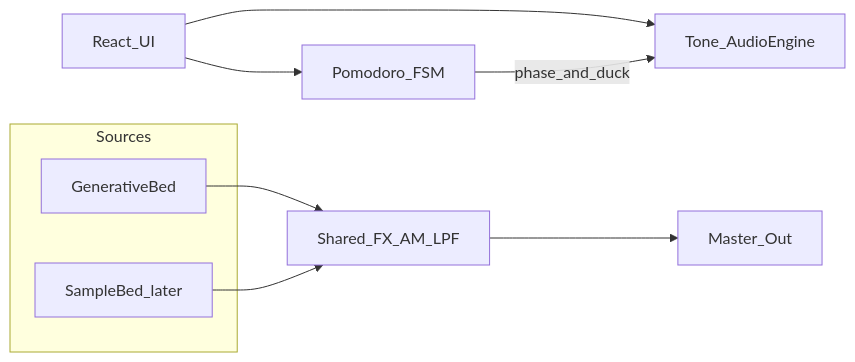
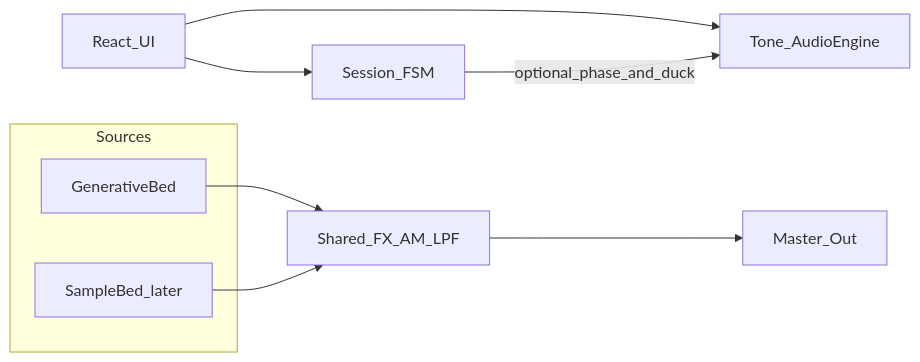
One commit to jaaronyang/momentone changed the diagram in docs/rfc.md. Above: the diagram before and after it, drawn with Mermaid. The commit also changed other lines of this file and 2 other files, not shown here.

Commit message:
docs: make Pomodoro optional alongside continuous play

````diff
--- a/docs/rfc.md
+++ b/docs/rfc.md
@@ -43,13 +43,13 @@
 ```mermaid
 flowchart LR
-  UI[React_UI] --> Session[Pomodoro_FSM]
+  UI[React_UI] --> Session[Session_FSM]
   UI --> Audio[Tone_AudioEngine]
-  Session -->|phase_and_duck| Audio
+  Session -->|"optional_phase_and_duck"| Audio
   subgraph sources [Sources]
     Gen[GenerativeBed]
     Sample[SampleBed_later]
   end
   Gen --> FX[Shared_FX_AM_LPF]
   Sample --> FX
   FX --> Out[Master_Out]
 ```
````
